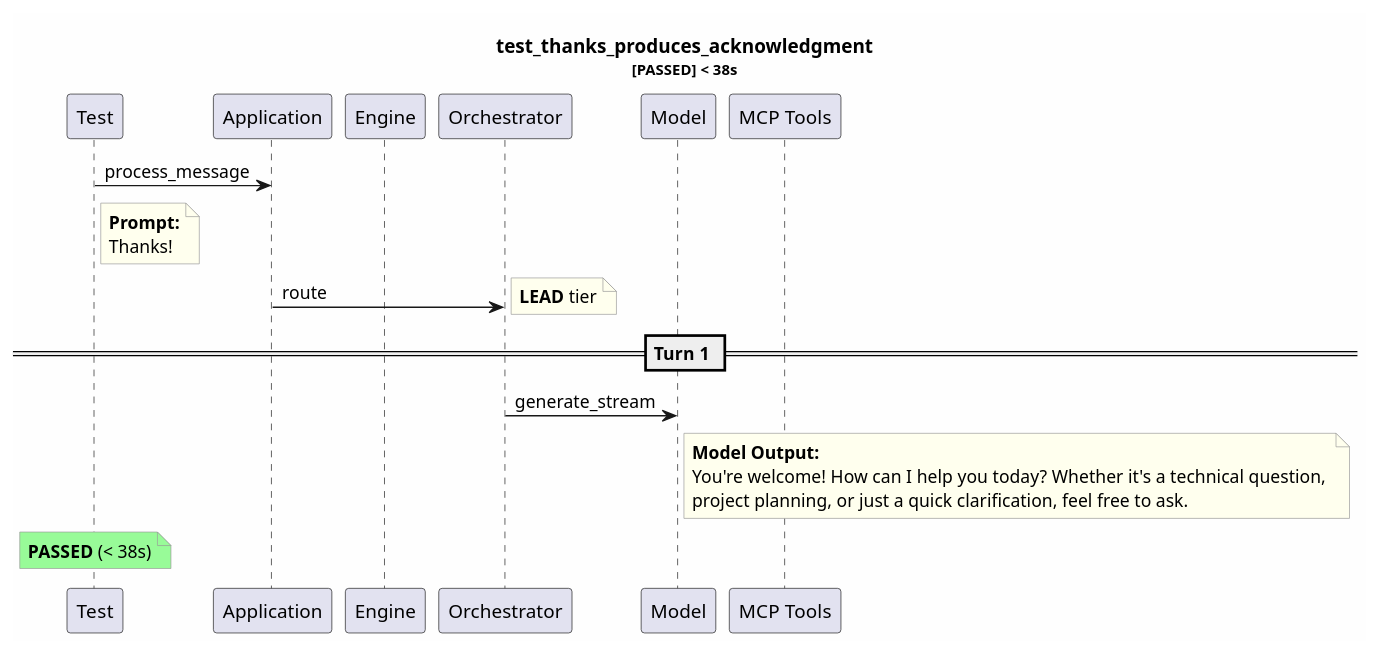
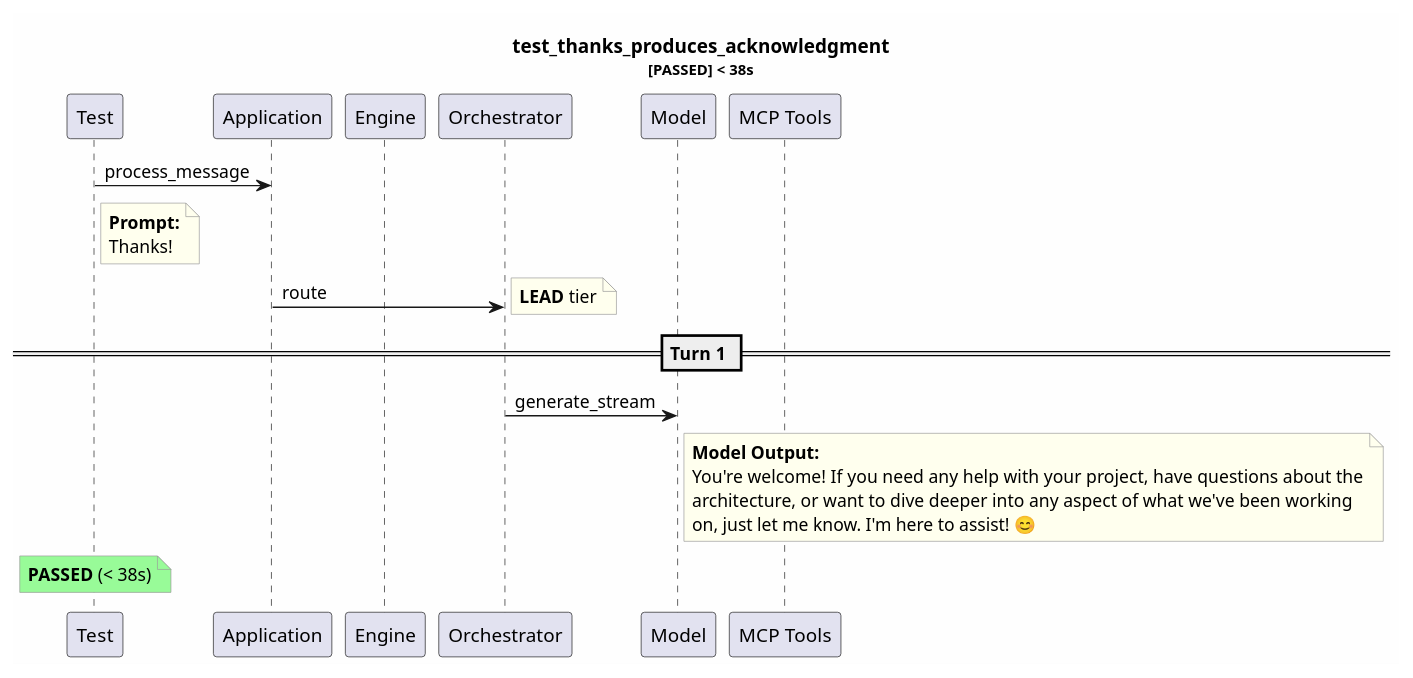
Before and after one commit to tvanfossen/entropic: the diagram in test-reports/logs/test_thanks_produces_acknowledgment/test_thanks_produces_acknowledgment.puml, drawn with PlantUML. The commit also changed 13 other files, not shown here.

```diff
--- a/test-reports/logs/test_thanks_produces_acknowledgment/test_thanks_produces_acknowledgment.puml
+++ b/test-reports/logs/test_thanks_produces_acknowledgment/test_thanks_produces_acknowledgment.puml
@@ -1,32 +1,33 @@
 @startuml
 skinparam backgroundColor #FEFEFE
 skinparam noteBorderColor #999999
 skinparam noteBackgroundColor #FFFFEE
 title test_thanks_produces_acknowledgment\n<size:11>[PASSED] < 38s</size>
 
 participant "Test" as T
 participant "Application" as App
 participant "Engine" as Eng
 participant "Orchestrator" as Orch
 participant "Model" as Mdl
 participant "MCP Tools" as MCP
 
 T -> App: process_message
 note right of T
   **Prompt:**
   Thanks!
 end note
 App -> Orch: route
 note right: **LEAD** tier
 == Turn 1 ==
 Orch -> Mdl: generate_stream
 note right of Mdl
   **Model Output:**
-  You're welcome! How can I help you today? Whether it's a technical question, 
-  project planning, or just a quick clarification, feel free to ask.
+  You're welcome! If you need any help with your project, have questions about the
+  architecture, or want to dive deeper into any aspect of what we've been working 
+  on, just let me know. I'm here to assist! 😊
 end note
 note over T #palegreen
   **PASSED** (< 38s)
 end note
 
 @enduml
```
